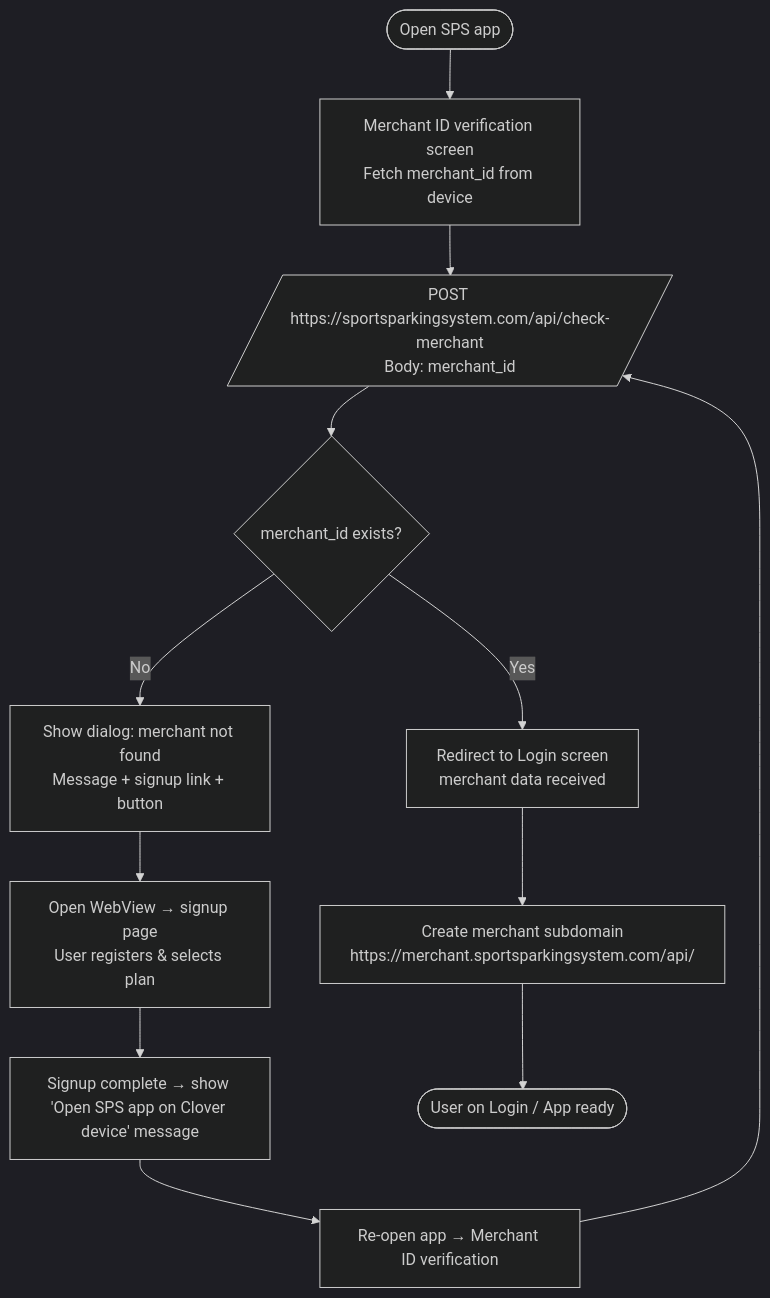
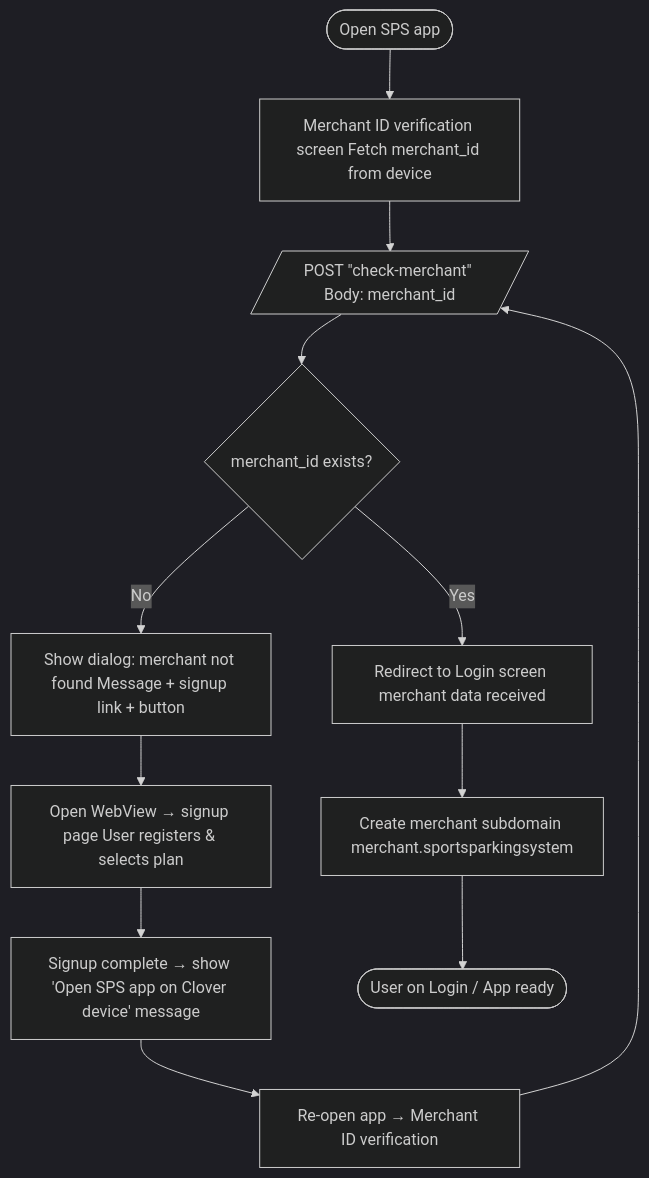
One commit to savebytes/note-app-backend changed the diagram in demo.md. Above: the diagram before and after it, drawn with Mermaid (dark theme). The commit also changed other lines of this file, not shown here.

````diff
--- a/demo.md
+++ b/demo.md
@@ -9,18 +9,18 @@
 ```mermaid
 flowchart TD
   Start([Open SPS app])
-  Verify[Merchant ID verification screen\nFetch merchant_id from device]
-  API[/POST https://sportsparkingsystem.com/api/check-merchant\nBody: merchant_id/]
+  Verify[Merchant ID verification screen Fetch merchant_id from device]
+  API[/POST "check-merchant" Body: merchant_id/]
   Exists{merchant_id exists?}
-  Login[Redirect to Login screen\nmerchant data received]
-  Dialog[Show dialog: merchant not found\nMessage + signup link + button]
-  Webview[Open WebView → signup page\nUser registers & selects plan]
+  Login[Redirect to Login screen merchant data received]
+  Dialog[Show dialog: merchant not found Message + signup link + button]
+  Webview[Open WebView → signup page User registers & selects plan]
   Complete[Signup complete → show 'Open SPS app on Clover device' message]
   Reopen[Re-open app → Merchant ID verification]
-  Subdomain[Create merchant subdomain\nhttps://merchant.sportsparkingsystem.com/api/]
+  Subdomain[Create merchant subdomain merchant.sportsparkingsystem]
   End([User on Login / App ready])
 
   Start --> Verify --> API --> Exists
   Exists -- Yes --> Login --> Subdomain --> End
   Exists -- No --> Dialog --> Webview --> Complete --> Reopen --> API
 ```
````
